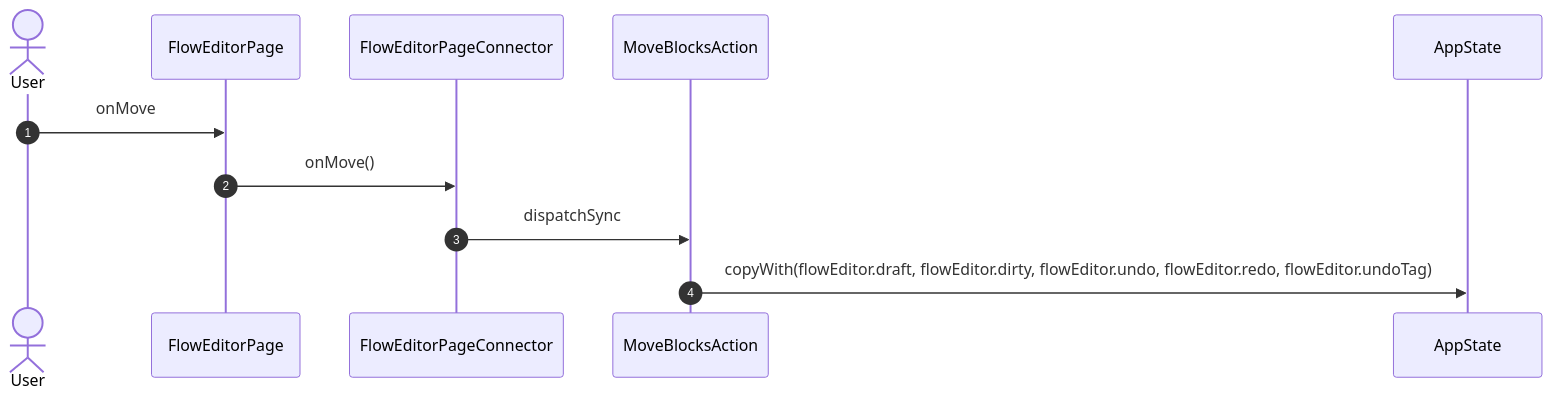
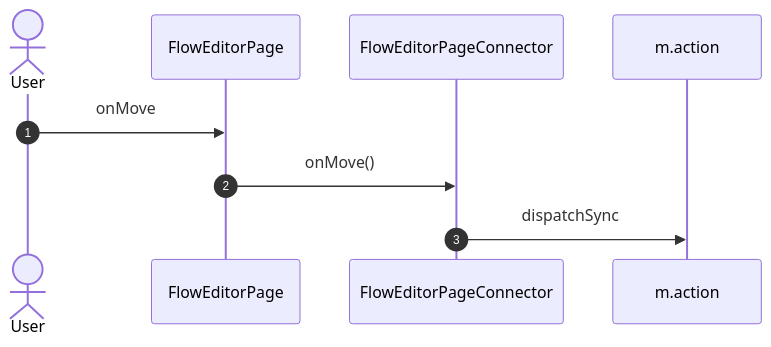
Before and after one commit to gencto/wyrm: diagram 21 of 39 in studio/docs/flows/flowEditor.md, drawn with Mermaid. The commit also changed other lines of this file and 21 other files, not shown here.

````diff
--- a/studio/docs/flows/flowEditor.md
+++ b/studio/docs/flows/flowEditor.md
@@ -377,14 +377,12 @@
 ```mermaid
 sequenceDiagram
     autonumber
     actor User
     participant UI as FlowEditorPage
     participant VM as FlowEditorPageConnector
-    participant A1 as MoveBlocksAction
-    participant ST as AppState
+    participant A1 as m.action
 
     User->>UI: onMove
     UI->>VM: onMove()
     VM->>A1: dispatchSync
-    A1->>ST: copyWith(flowEditor.draft, flowEditor.dirty, flowEditor.undo, flowEditor.redo, flowEditor.undoTag)
 ```
````
